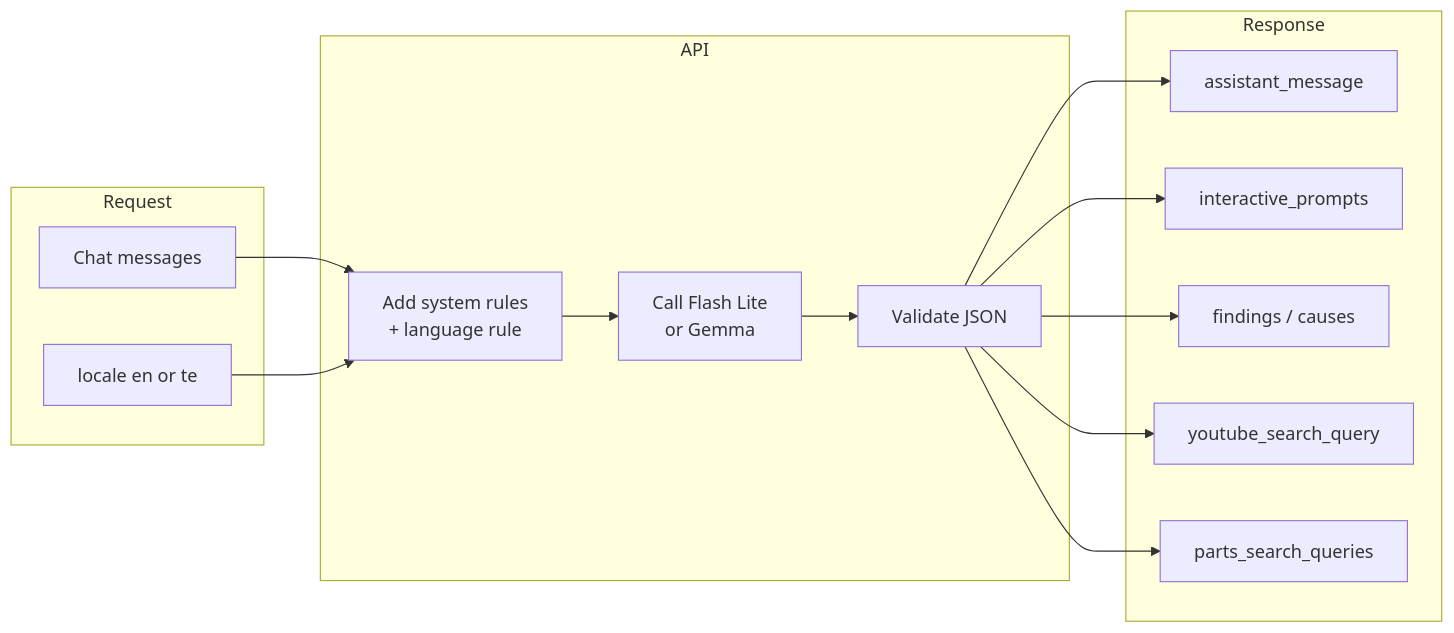
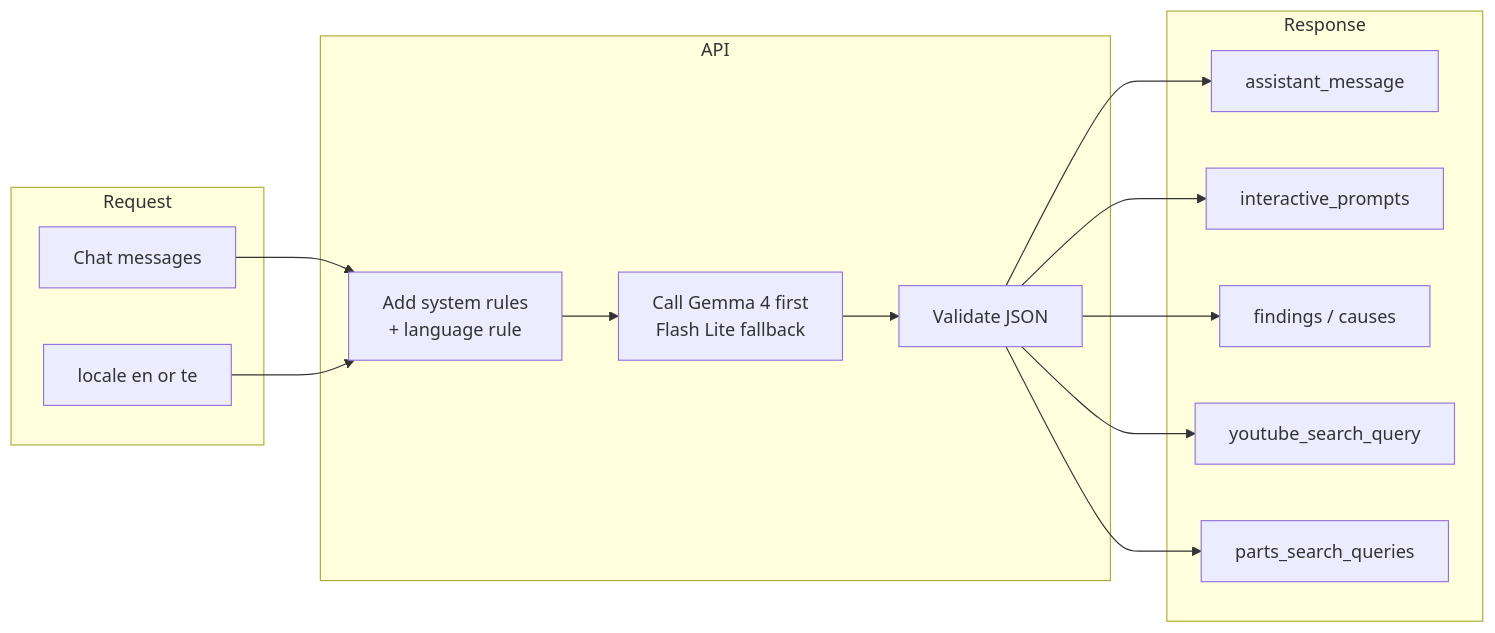
One commit to ramakrishna-sunkara/lets-fix-it changed the fifth of 7 diagrams in docs/DIAGRAMS.md. Above: the diagram before and after it, drawn with Mermaid. The commit also changed 25 other files, not shown here.

First line of the commit message:
Ship Gemma-first Material UI for Hack Day judging.

````diff
--- a/docs/DIAGRAMS.md
+++ b/docs/DIAGRAMS.md
@@ -126,30 +126,30 @@
 ```mermaid
 flowchart LR
   subgraph Request
     M[Chat messages]
     L[locale en or te]
   end
 
   subgraph API
     P[Add system rules<br/>+ language rule]
-    C[Call Flash Lite<br/>or Gemma]
+    C[Call Gemma 4 first<br/>Flash Lite fallback]
     Z[Validate JSON]
   end
 
   subgraph Response
     AM[assistant_message]
     QA[interactive_prompts]
     EV[findings / causes]
     YQ[youtube_search_query]
     PQ[parts_search_queries]
   end
 
   M --> P
   L --> P
   P --> C --> Z
   Z --> AM
   Z --> QA
   Z --> EV
   Z --> YQ
   Z --> PQ
 ```
````
